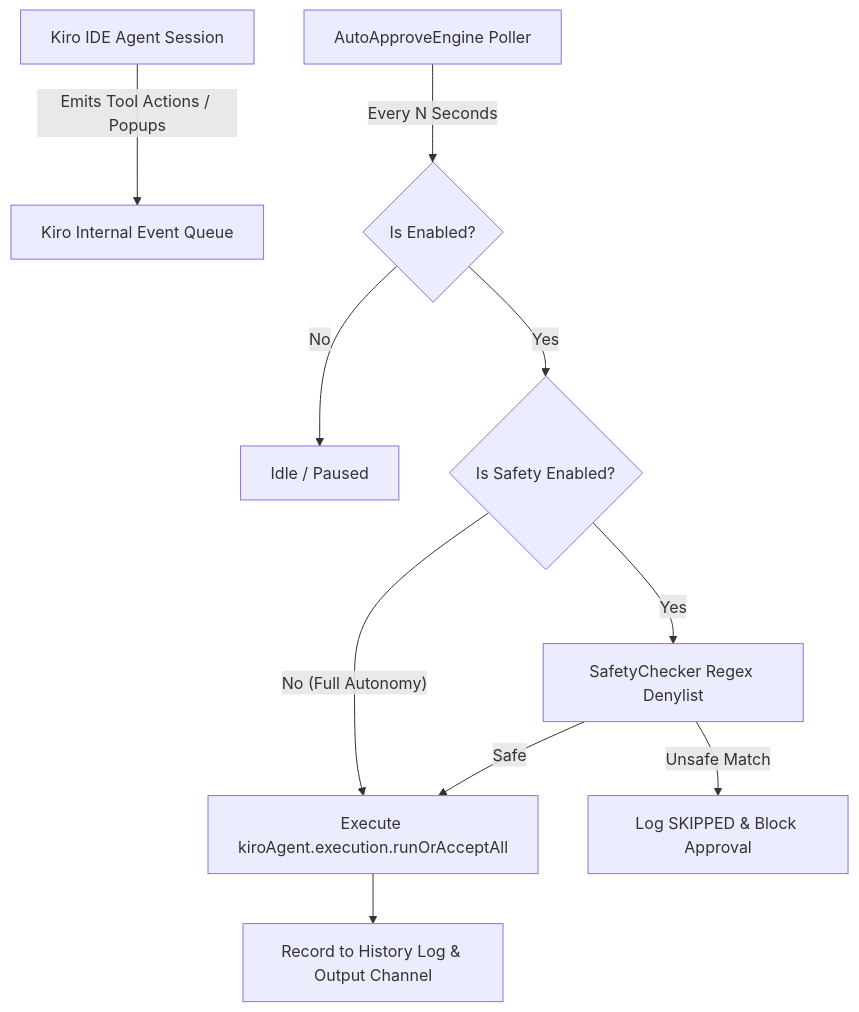
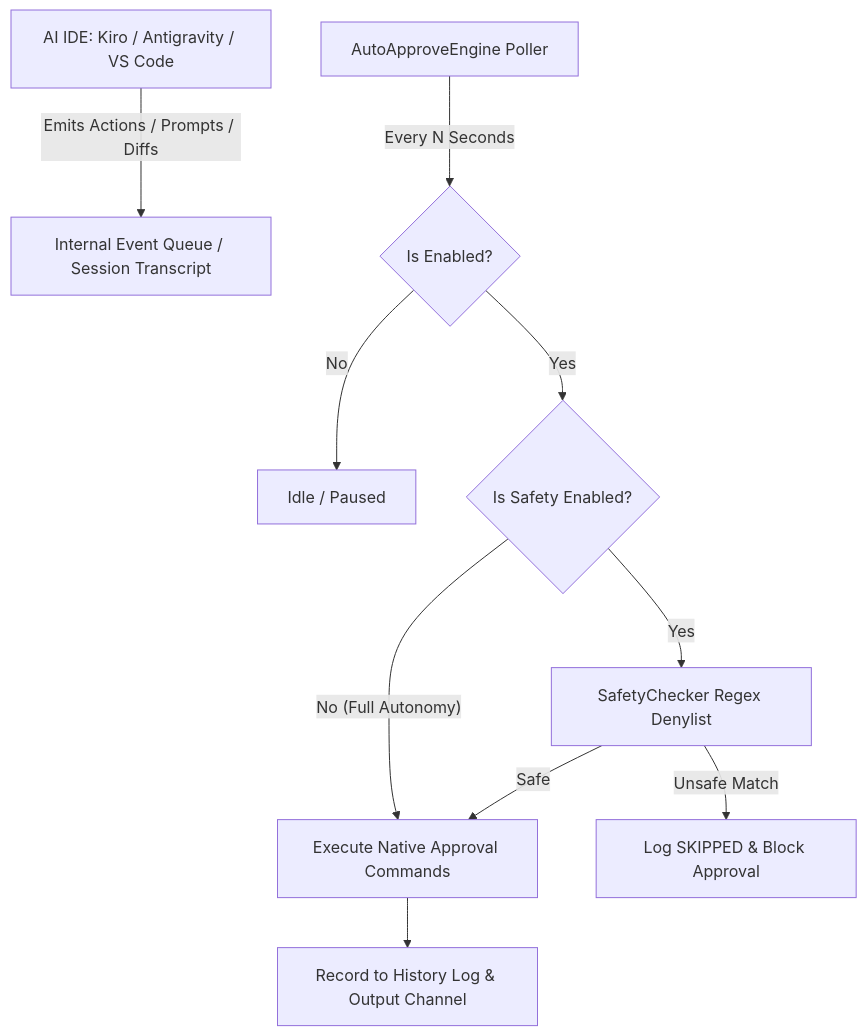
One commit to MaheshTechnicals/AI-IDE-Auto-Approve-Extension changed the diagram in README.md. Above: the diagram before and after it, drawn with Mermaid. The commit also changed other lines of this file and 11 other files, not shown here.

````diff
--- a/README.md
+++ b/README.md
@@ -122,12 +128,12 @@
 ```mermaid
 flowchart TD
-    A[Kiro IDE Agent Session] -->|Emits Tool Actions / Popups| B[Kiro Internal Event Queue]
+    A[AI IDE: Kiro / Antigravity / VS Code] -->|Emits Actions / Prompts / Diffs| B[Internal Event Queue / Session Transcript]
     C[AutoApproveEngine Poller] -->|Every N Seconds| D{Is Enabled?}
     D -- No --> E[Idle / Paused]
     D -- Yes --> F{Is Safety Enabled?}
-    F -- No (Full Autonomy) --> G[Execute kiroAgent.execution.runOrAcceptAll]
+    F -- No (Full Autonomy) --> G[Execute Native Approval Commands]
     F -- Yes --> H[SafetyChecker Regex Denylist]
     H -- Unsafe Match --> I[Log SKIPPED & Block Approval]
     H -- Safe --> G
     G --> J[Record to History Log & Output Channel]
 ```
````
